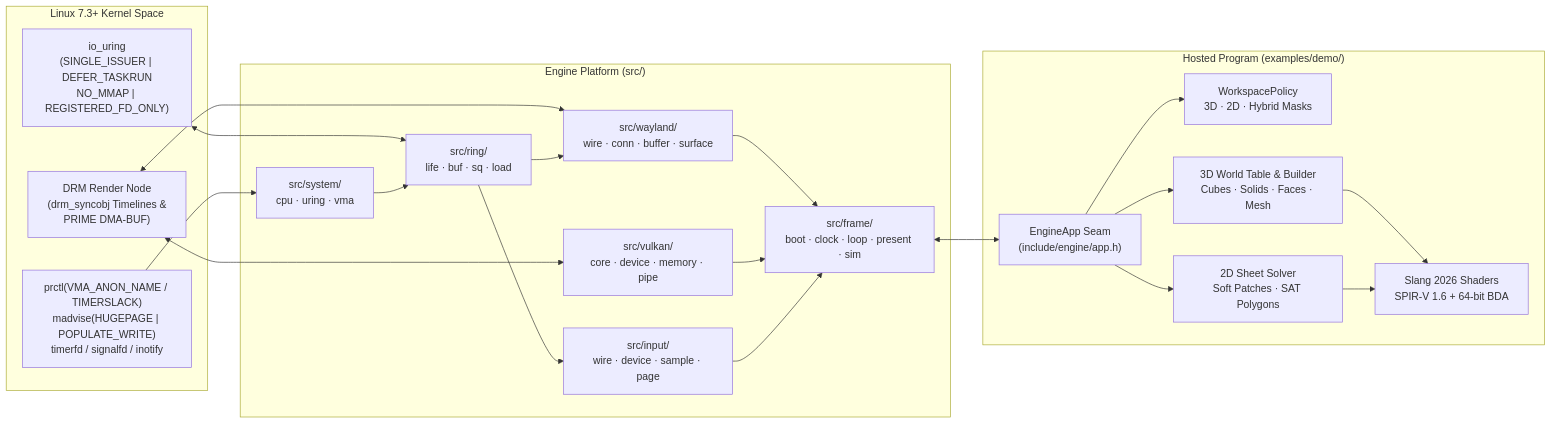
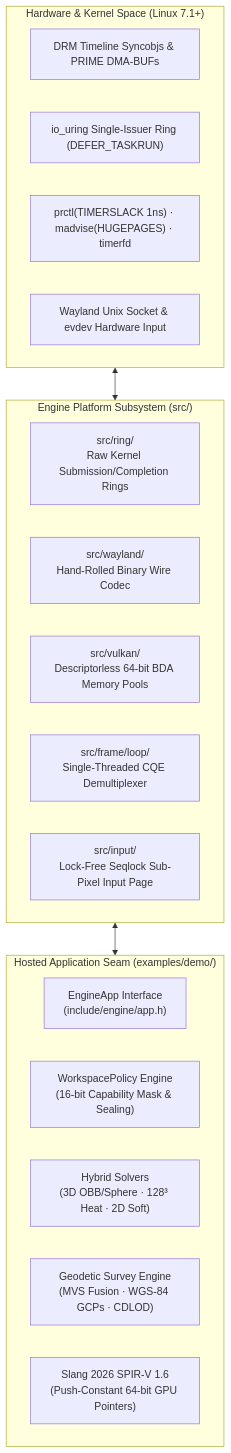
The first of 4 diagrams in README.md (Cetin-Furkan/engine), drawn with Mermaid before and after one commit. The commit also changed other lines of this file and 86 other files, not shown here.

First line of the commit message:
feat(engine): add survey fusion, LOD 4 terrain streaming, and GPU tile culling

````diff
--- a/README.md
+++ b/README.md
@@ -30,42 +74,28 @@
 ```mermaid
-flowchart LR
-    subgraph Kernel["Linux 7.3+ Kernel Space"]
-        URING["io_uring\n(SINGLE_ISSUER | DEFER_TASKRUN\nNO_MMAP | REGISTERED_FD_ONLY)"]
-        DRM["DRM Render Node\n(drm_syncobj Timelines &\nPRIME DMA-BUF)"]
-        SYS["prctl(VMA_ANON_NAME / TIMERSLACK)\nmadvise(HUGEPAGE | POPULATE_WRITE)\ntimerfd / signalfd / inotify"]
+flowchart TD
+    subgraph Hardware["Hardware & Kernel Space (Linux 7.1+)"]
+        DRM["DRM Timeline Syncobjs & PRIME DMA-BUFs"]
+        URING["io_uring Single-Issuer Ring (DEFER_TASKRUN)"]
+        SYS["prctl(TIMERSLACK 1ns) · madvise(HUGEPAGES) · timerfd"]
+        EV["Wayland Unix Socket & evdev Hardware Input"]
     end
 
-    subgraph Platform["Engine Platform (src/)"]
-        SYSTEM["src/system/\ncpu · uring · vma"]
-        RING["src/ring/\nlife · buf · sq · load"]
-        WAYLAND["src/wayland/\nwire · conn · buffer · surface"]
-        VULKAN["src/vulkan/\ncore · device · memory · pipe"]
-        INPUT["src/input/\nwire · device · sample · page"]
-        FRAME["src/frame/\nboot · clock · loop · present · sim"]
+    subgraph Platform["Engine Platform Subsystem (src/)"]
+        RING["src/ring/\nRaw Kernel Submission/Completion Rings"]
+        WIRE["src/wayland/\nHand-Rolled Binary Wire Codec"]
+        VK["src/vulkan/\nDescriptorless 64-bit BDA Memory Pools"]
+        LOOP["src/frame/loop/\nSingle-Threaded CQE Demultiplexer"]
+        INPUT["src/input/\nLock-Free Seqlock Sub-Pixel Input Page"]
     end
 
-    subgraph Hosted["Hosted Program (examples/demo/)"]
-        APP["EngineApp Seam\n(include/engine/app.h)"]
-        POLICY["WorkspacePolicy\n3D · 2D · Hybrid Masks"]
-        WORLD3D["3D World Table & Builder\nCubes · Solids · Faces · Mesh"]
-        SHEET2D["2D Sheet Solver\nSoft Patches · SAT Polygons"]
-        SHADERS["Slang 2026 Shaders\nSPIR-V 1.6 + 64-bit BDA"]
+    subgraph Hosted["Hosted Application Seam (examples/demo/)"]
+        SEAM["EngineApp Interface\n(include/engine/app.h)"]
+        POL["WorkspacePolicy Engine\n(16-bit Capability Mask & Sealing)"]
+        PHYS["Hybrid Solvers\n(3D OBB/Sphere · 128³ Heat · 2D Soft)"]
+        GEO["Geodetic Survey Engine\n(MVS Fusion · WGS-84 GCPs · CDLOD)"]
+        SHADERS["Slang 2026 SPIR-V 1.6\n(Push-Constant 64-bit GPU Pointers)"]
     end
 
-    SYS --> SYSTEM
-    URING <--> RING
-    DRM <--> VULKAN
-    DRM <--> WAYLAND
-    SYSTEM --> RING
-    RING --> WAYLAND
-    RING --> INPUT
-    WAYLAND --> FRAME
-    VULKAN --> FRAME
-    INPUT --> FRAME
-    FRAME <--> APP
-    APP --> POLICY
-    APP --> WORLD3D
-    APP --> SHEET2D
-    WORLD3D --> SHADERS
-    SHEET2D --> SHADERS
+    Hardware <--> Platform
+    Platform <--> Hosted
 ```
````
